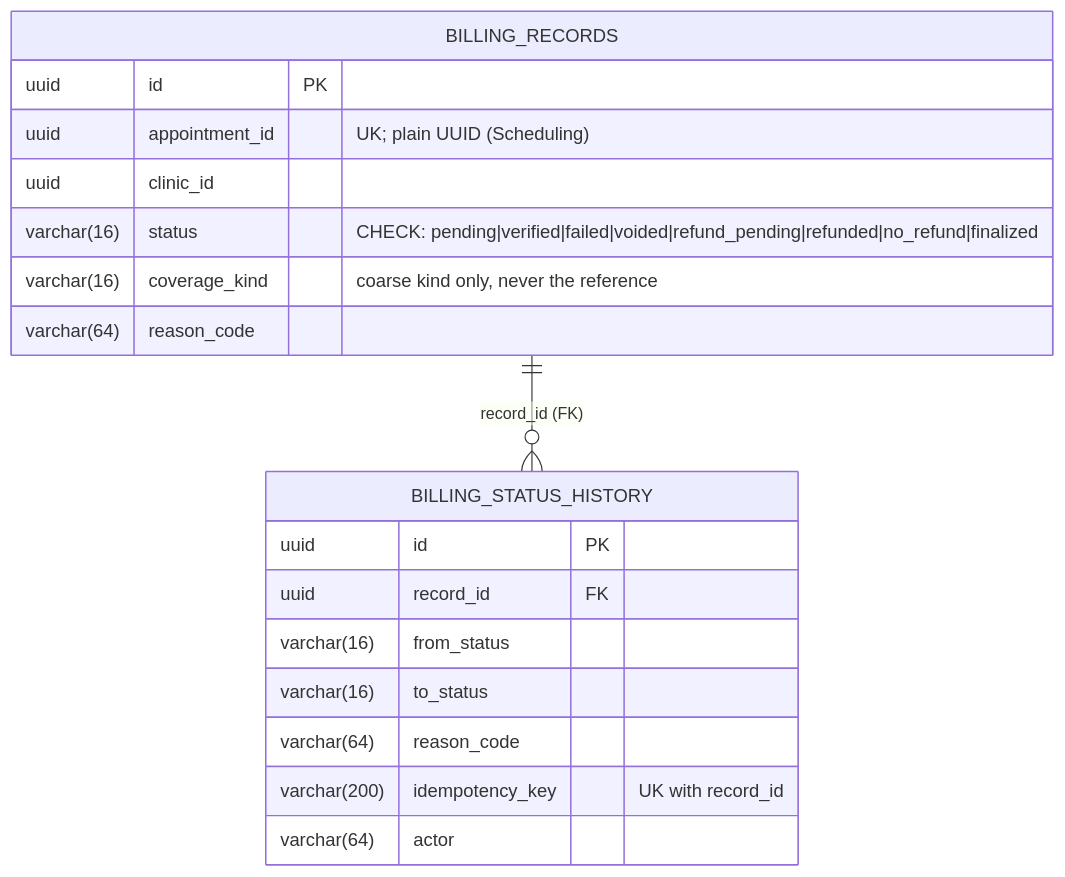
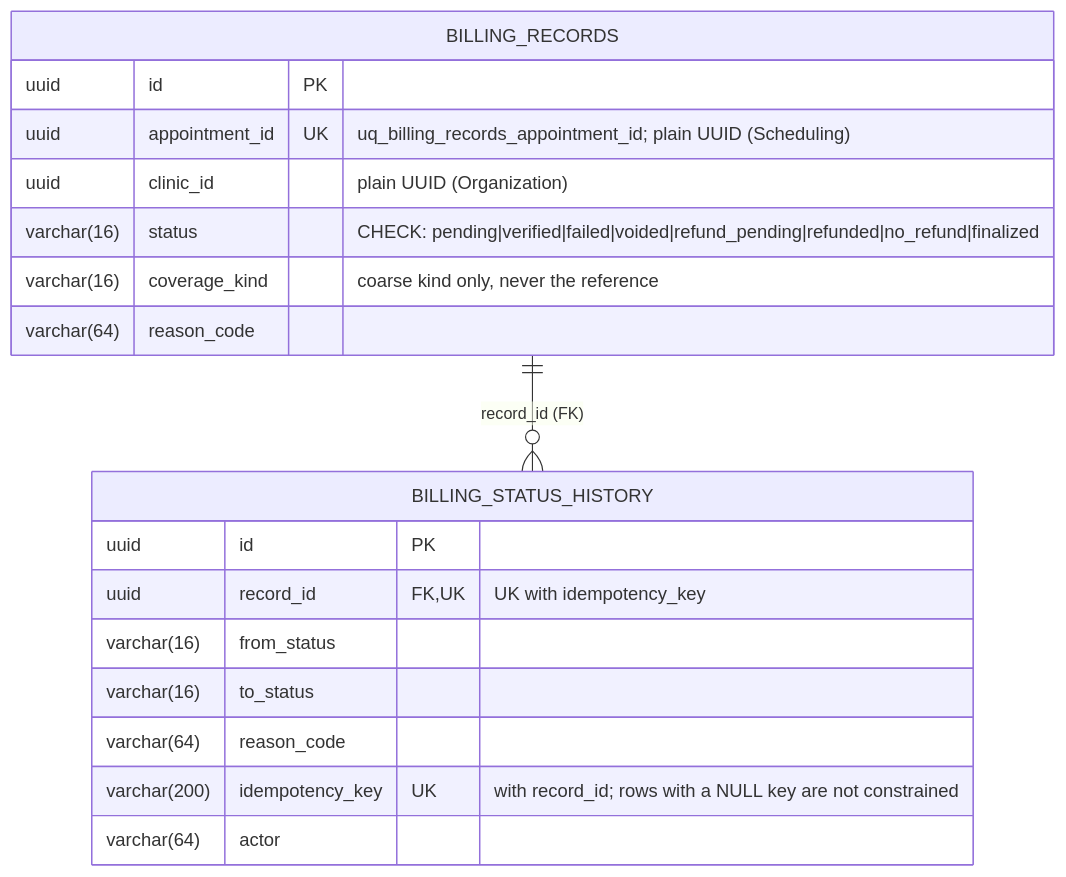
One commit to umarEmumba/smarthealth changed the seventh of 8 diagrams in docs/erd.md. Above: the diagram before and after it, drawn with Mermaid. The commit also changed other lines of this file and 4 other files, not shown here.

First line of the commit message:
docs(02.1-13): README, architecture doc and ERD describe the Phase 2.1 system

````diff
--- a/docs/erd.md
+++ b/docs/erd.md
@@ -231,21 +281,21 @@
 ```mermaid
 erDiagram
     BILLING_RECORDS ||--o{ BILLING_STATUS_HISTORY : "record_id (FK)"
     BILLING_RECORDS {
         uuid id PK
-        uuid appointment_id "UK; plain UUID (Scheduling)"
-        uuid clinic_id
+        uuid appointment_id UK "uq_billing_records_appointment_id; plain UUID (Scheduling)"
+        uuid clinic_id "plain UUID (Organization)"
         varchar(16) status "CHECK: pending|verified|failed|voided|refund_pending|refunded|no_refund|finalized"
         varchar(16) coverage_kind "coarse kind only, never the reference"
         varchar(64) reason_code
     }
     BILLING_STATUS_HISTORY {
         uuid id PK
-        uuid record_id FK
+        uuid record_id FK, UK "UK with idempotency_key"
         varchar(16) from_status
         varchar(16) to_status
         varchar(64) reason_code
-        varchar(200) idempotency_key "UK with record_id"
+        varchar(200) idempotency_key UK "with record_id; rows with a NULL key are not constrained"
         varchar(64) actor
     }
 ```
````
